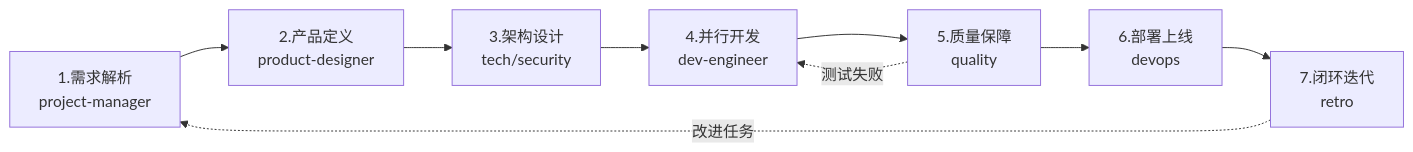
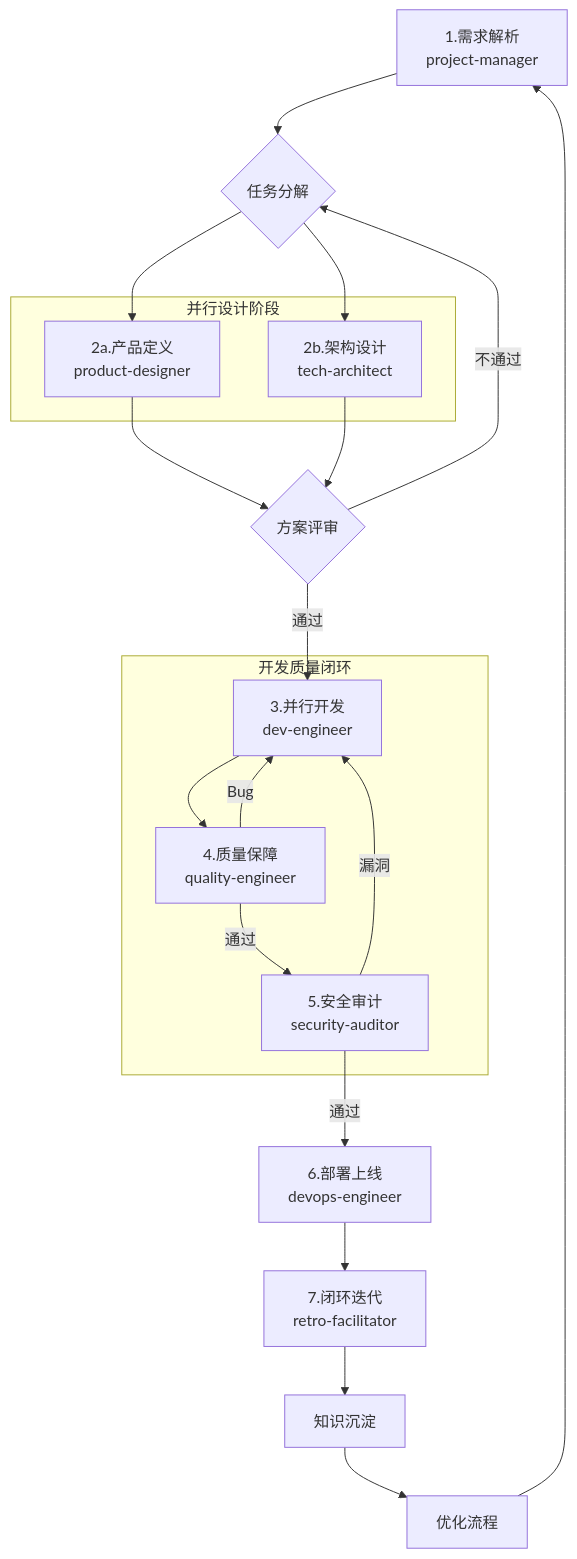
One commit to Tooooommy/Trae-Workflow changed the third of 6 diagrams in skills/project-manager/SKILL.md. Above: the diagram before and after it, drawn with Mermaid. The commit also changed other lines of this file and 3 other files, not shown here.

````diff
--- a/skills/project-manager/SKILL.md
+++ b/skills/project-manager/SKILL.md
@@ -102,12 +114,31 @@
 ```mermaid
-flowchart LR
-    A[1.需求解析<br/>project-manager] --> B[2.产品定义<br/>product-designer]
-    B --> C[3.架构设计<br/>tech/security]
-    C --> D[4.并行开发<br/>dev-engineer]
-    D --> E[5.质量保障<br/>quality]
-    E --> F[6.部署上线<br/>devops]
-    F --> G[7.闭环迭代<br/>retro]
+flowchart TD
+    A[1.需求解析<br/>project-manager] --> B{任务分解}
+    B --> C[2a.产品定义<br/>product-designer]
+    B --> D[2b.架构设计<br/>tech-architect]
+    C & D --> E{方案评审}
+    E -->|通过| F[3.并行开发<br/>dev-engineer]
+    E -->|不通过| B
 
-    E -.->|测试失败| D
-    G -.->|改进任务| A
+    F --> G[4.质量保障<br/>quality-engineer]
+    G -->|Bug| F
+    G -->|通过| H[5.安全审计<br/>security-auditor]
+    H -->|漏洞| F
+    H -->|通过| I[6.部署上线<br/>devops-engineer]
+
+    I --> J[7.闭环迭代<br/>retro-facilitator]
+    J --> K[知识沉淀]
+    K --> L[优化流程]
+    L --> A
+
+    subgraph "并行设计阶段"
+        C
+        D
+    end
+
+    subgraph "开发质量闭环"
+        F
+        G
+        H
+    end
 ```
````
